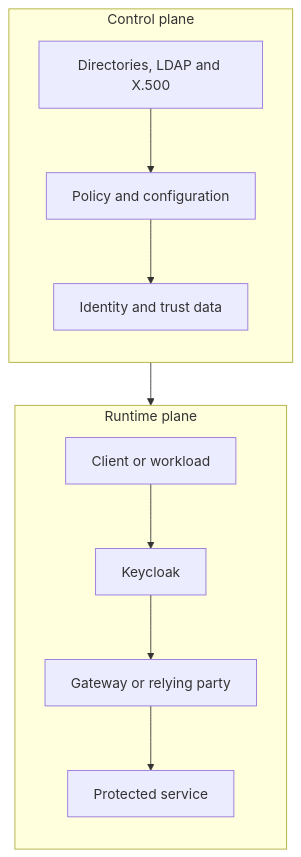
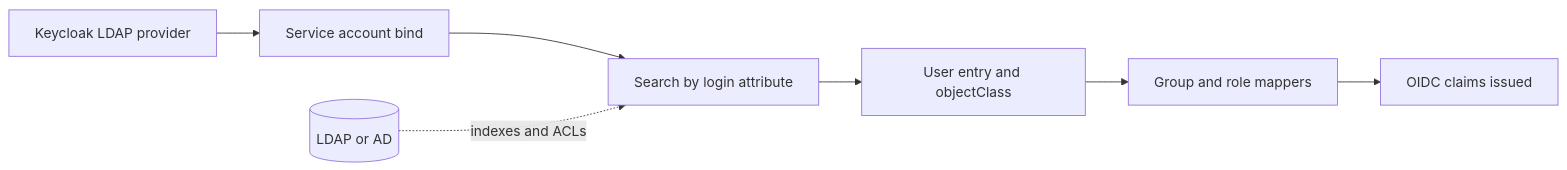
One commit to jeanflorentine/IAM-KeyCloack-Lab changed the seventh of 36 diagrams in KeyCloack Reference Book.md. Above: the diagram before and after it, drawn with Mermaid. The commit also changed other lines of this file, not shown here.

Commit message:
Revise chapter structure diagrams and chapter 31 interview bank

````diff
--- a/KeyCloack Reference Book.md
+++ b/KeyCloack Reference Book.md
@@ -703,24 +703,9 @@
 ```mermaid
-flowchart TB
-    subgraph CP[Control plane]
-        direction TB
-        A[Directories, LDAP and X.500]
-        B[Policy and configuration]
-        C[Identity and trust data]
-        A --> B
-        B --> C
-    end
-
-    subgraph RP[Runtime plane]
-        direction TB
-        D[Client or workload]
-        E[Keycloak]
-        F[Gateway or relying party]
-        G[Protected service]
-        D --> E
-        E --> F
-        F --> G
-    end
-
-    CP --> RP
+flowchart LR
+    App[Keycloak LDAP provider] --> Bind[Service account bind]
+    Bind --> Search[Search by login attribute]
+    Search --> Entry[User entry and objectClass]
+    Entry --> Groups[Group and role mappers]
+    Groups --> Token[OIDC claims issued]
+    Directory[(LDAP or AD)] -. indexes and ACLs .-> Search
 ```
````
